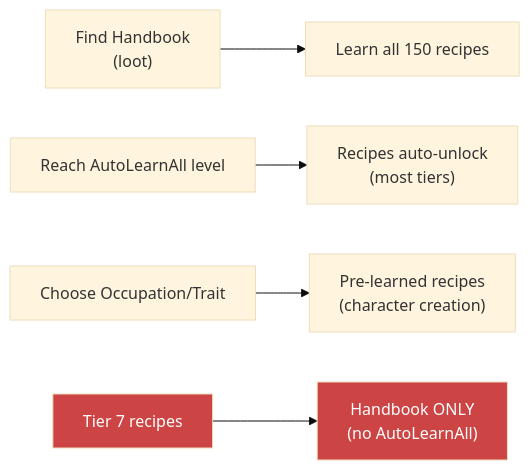
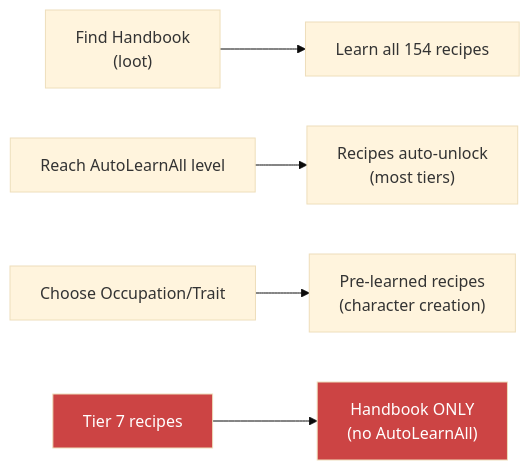
The diagram in docs/mermaid-src/learning-paths.mmd (phobos-dthorga/mod-pz-chemistry-pathways), drawn with Mermaid (base theme) before and after one commit. The commit also changed 16 other files, not shown here.

```diff
--- a/docs/mermaid-src/learning-paths.mmd
+++ b/docs/mermaid-src/learning-paths.mmd
@@ -1,8 +1,8 @@
 graph LR
-    HB["Find Handbook<br/>(loot)"] --> LEARN["Learn all 150 recipes"]
+    HB["Find Handbook<br/>(loot)"] --> LEARN["Learn all 154 recipes"]
     LEVEL["Reach AutoLearnAll level"] --> AUTO["Recipes auto-unlock<br/>(most tiers)"]
     CREATE["Choose Occupation/Trait"] --> GRANT["Pre-learned recipes<br/>(character creation)"]
     T7["Tier 7 recipes"] --> HB_ONLY["Handbook ONLY<br/>(no AutoLearnAll)"]
 
     style T7 fill:#c44,color:#fff
     style HB_ONLY fill:#c44,color:#fff
```
